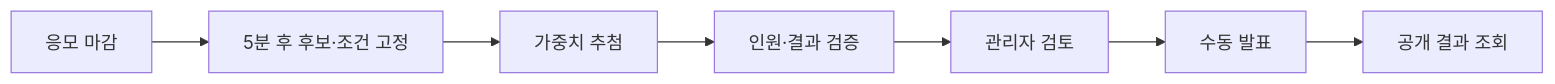
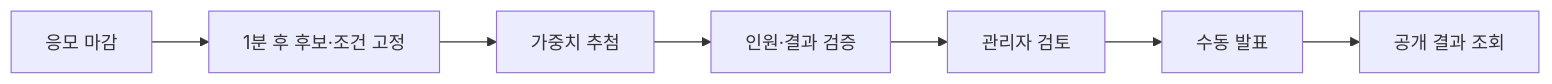
One commit to Uplus-GETDDO/getddo-be changed diagram 15 of 25 in README.md. Above: the diagram before and after it, drawn with Mermaid. The commit also changed other lines of this file and 21 other files, not shown here.

````diff
--- a/README.md
+++ b/README.md
@@ -596,9 +596,9 @@
 ```mermaid
 flowchart LR
-    Close["응모 마감"] --> Snapshot["5분 후 후보·조건 고정"]
+    Close["응모 마감"] --> Snapshot["1분 후 후보·조건 고정"]
     Snapshot --> Draw["가중치 추첨"]
     Draw --> Confirm["인원·결과 검증"]
     Confirm --> Review["관리자 검토"]
     Review --> Publish["수동 발표"]
     Publish --> Result["공개 결과 조회"]
 ```
````
